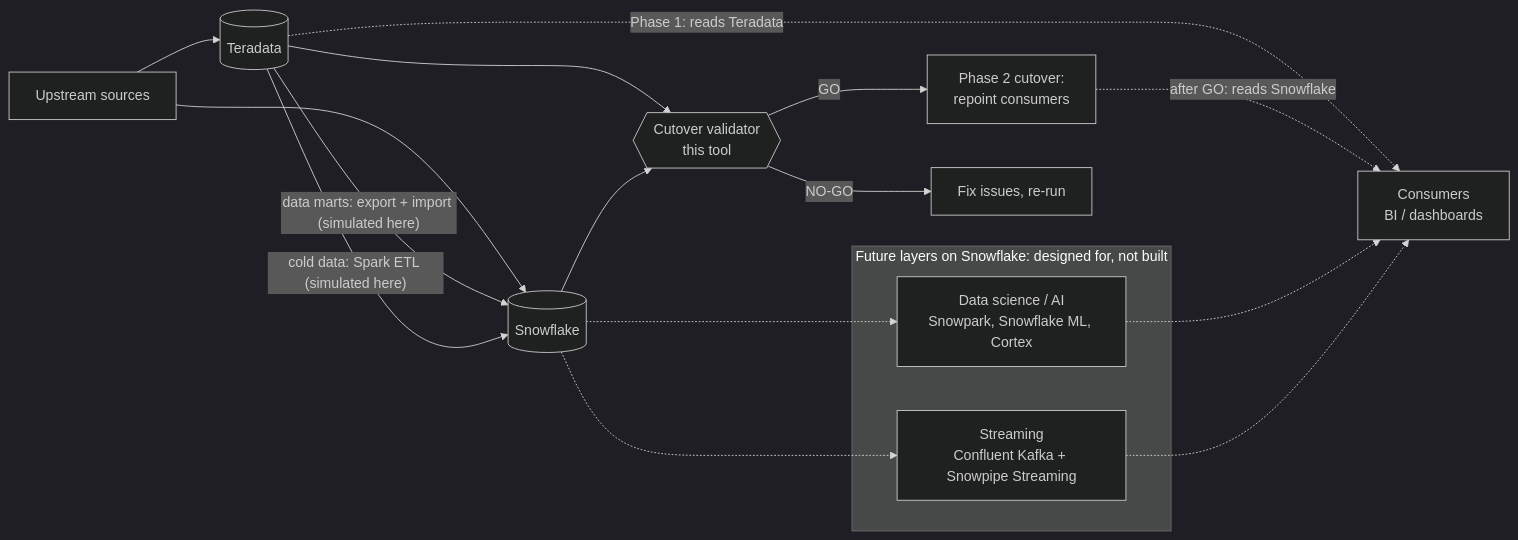
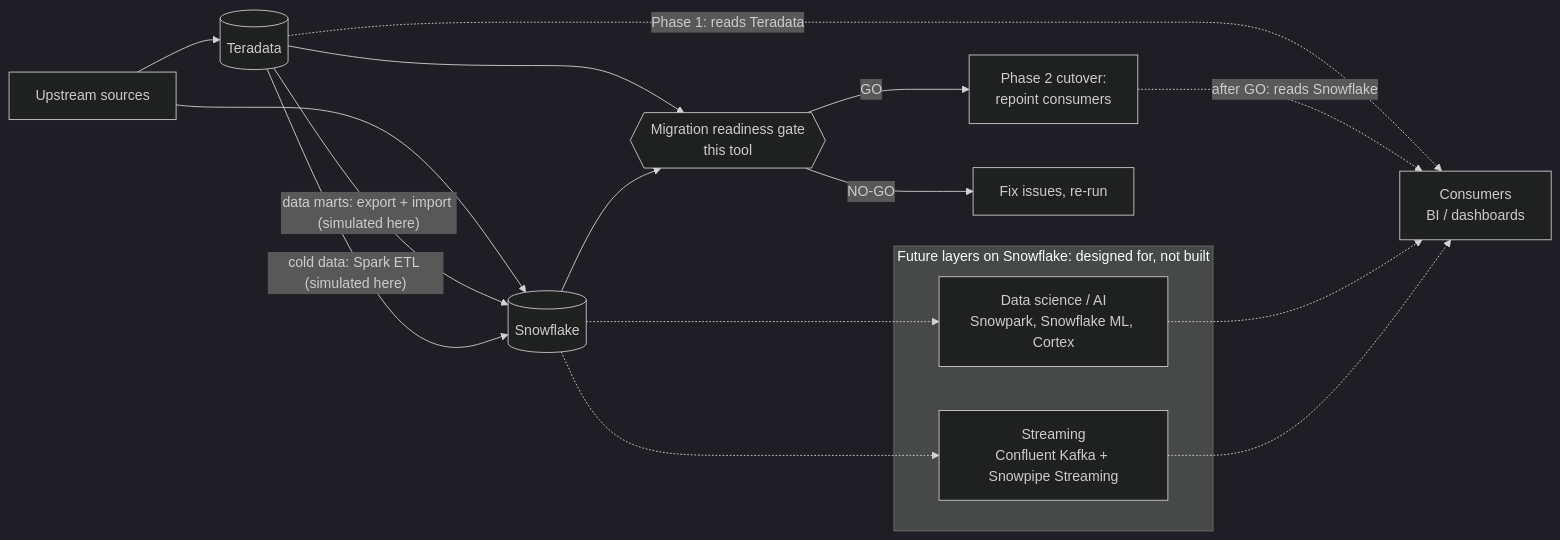
The diagram in evidence/design.md (Ramkannan1981/td-snowflake-cutover-validator), drawn with Mermaid (dark theme) before and after one commit. The commit also changed 1 other file, not shown here.

Commit message:
docs: rename to Migration Readiness Gate

````diff
--- a/evidence/design.md
+++ b/evidence/design.md
@@ -23,23 +23,23 @@
 ```mermaid
 flowchart LR
     SRC[Upstream sources] --> TD[(Teradata)]
     SRC --> SF[(Snowflake)]
     TD -- "data marts: export + import (simulated here)" --> SF
     TD -- "cold data: Spark ETL (simulated here)" --> SF
     TD -. "Phase 1: reads Teradata" .-> CON["Consumers<br/>BI / dashboards"]
 
-    TD --> V{{Cutover validator<br/>this tool}}
+    TD --> V{{Migration readiness gate<br/>this tool}}
     SF --> V
     V -- GO --> P2["Phase 2 cutover:<br/>repoint consumers"]
     V -- NO-GO --> FIX["Fix issues, re-run"]
     P2 -. "after GO: reads Snowflake" .-> CON
 
     subgraph FUT["Future layers on Snowflake: designed for, not built"]
         DS["Data science / AI<br/>Snowpark, Snowflake ML, Cortex"]
         ST["Streaming<br/>Confluent Kafka + Snowpipe Streaming"]
     end
     SF -.-> DS
     SF -.-> ST
     DS -.-> CON
     ST -.-> CON
 ```
````
